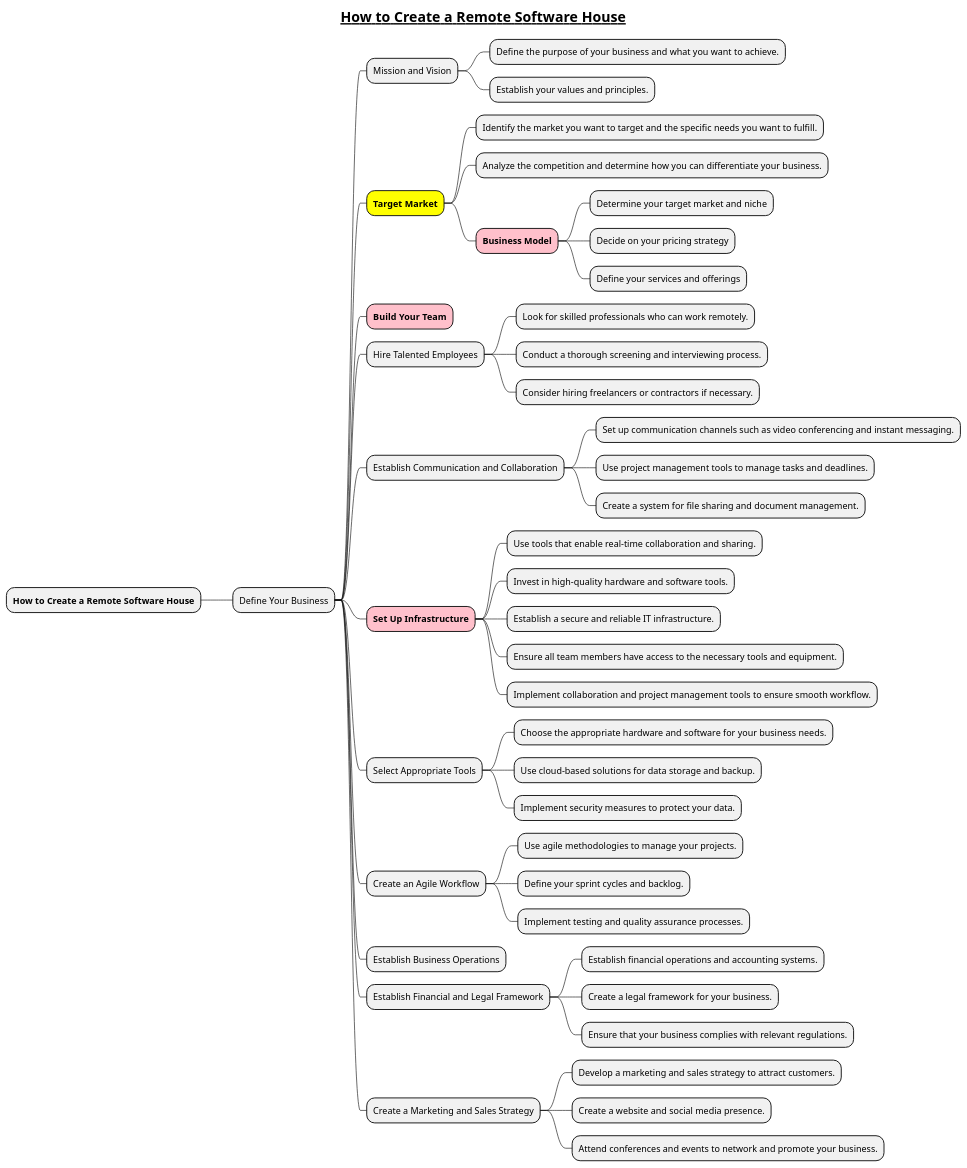
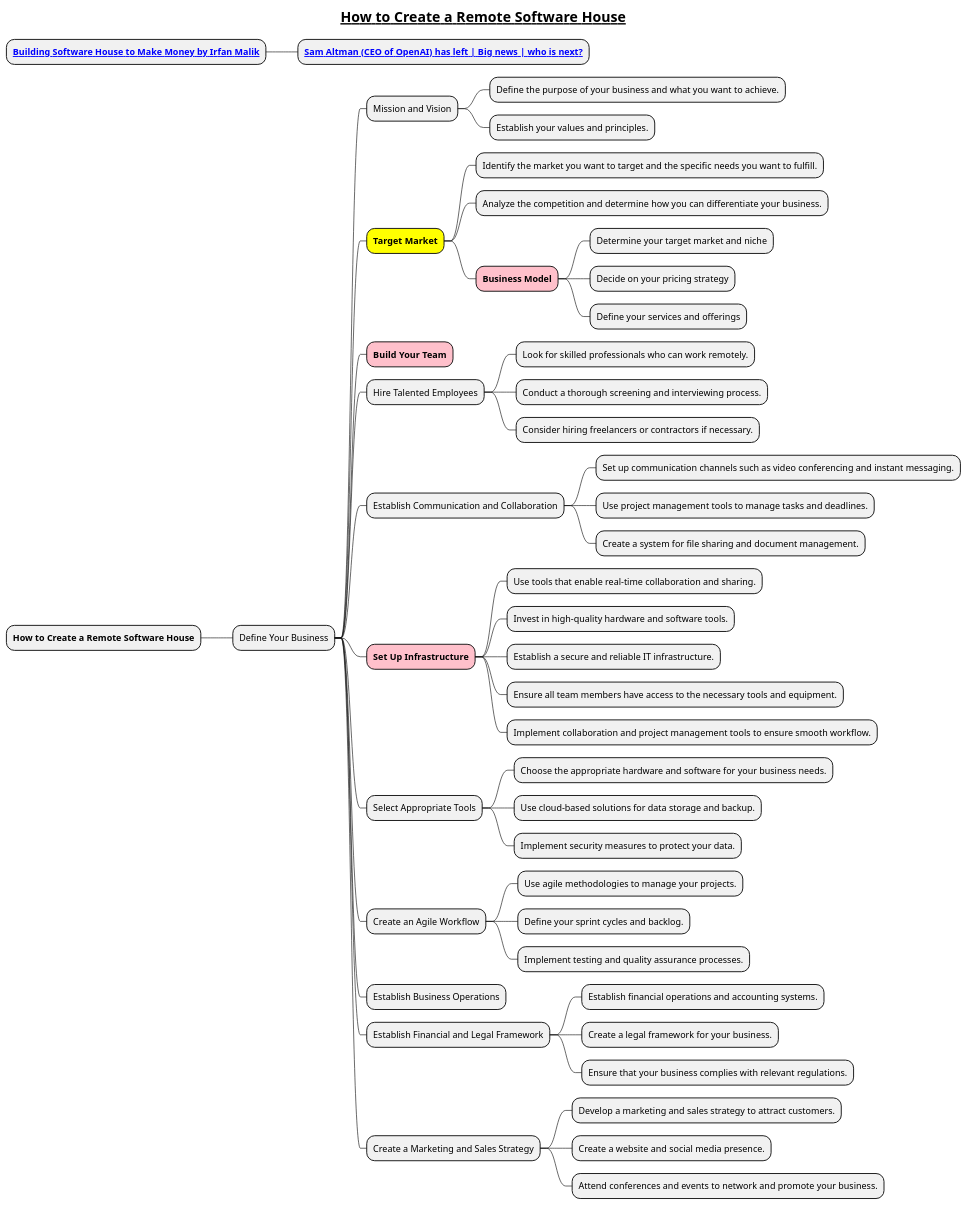
One commit to MehmoodHashmi/Documentation-as-Code-DaC changed the diagram in docs/1-Requirement-Engineering/process/How-to-Create-a-Remote-Software-House.puml. Above: the diagram before and after it, drawn with PlantUML. The commit also changed 4 other files, not shown here.

```diff
--- a/docs/1-Requirement-Engineering/process/How-to-Create-a-Remote-Software-House.puml
+++ b/docs/1-Requirement-Engineering/process/How-to-Create-a-Remote-Software-House.puml
@@ -1,51 +1,52 @@
 @startmindmap
 title =__How to Create a Remote Software House__
-
+* <b>[[https://www.youtube.com/watch?v=YSs4r95C_Dc&ab_channel=IrfanMalik Building Software House to Make Money by Irfan Malik]]
+** <b>[[https://www.youtube.com/watch?v=OxpNNqdCug8&ab_channel=IrfanMalik Sam Altman (CEO of OpenAI) has left | Big news | who is next?]]
 * **How to Create a Remote Software House**
 ** Define Your Business
 *** Mission and Vision
 **** Define the purpose of your business and what you want to achieve.
 **** Establish your values and principles.
 
 ***[#yellow] **Target Market**
 **** Identify the market you want to target and the specific needs you want to fulfill.
 **** Analyze the competition and determine how you can differentiate your business.
 ****[#pink] **Business Model**
 ***** Determine your target market and niche
 ***** Decide on your pricing strategy
 ***** Define your services and offerings
 
 ***[#pink] **Build Your Team**
 *** Hire Talented Employees
 **** Look for skilled professionals who can work remotely.
 **** Conduct a thorough screening and interviewing process.
 **** Consider hiring freelancers or contractors if necessary.
 *** Establish Communication and Collaboration
 **** Set up communication channels such as video conferencing and instant messaging.
 **** Use project management tools to manage tasks and deadlines.
 **** Create a system for file sharing and document management.
 ***[#pink] **Set Up Infrastructure**
 **** Use tools that enable real-time collaboration and sharing.
 **** Invest in high-quality hardware and software tools.
 **** Establish a secure and reliable IT infrastructure.
 **** Ensure all team members have access to the necessary tools and equipment.
 **** Implement collaboration and project management tools to ensure smooth workflow.
 
 *** Select Appropriate Tools
 **** Choose the appropriate hardware and software for your business needs.
 **** Use cloud-based solutions for data storage and backup.
 **** Implement security measures to protect your data.
 *** Create an Agile Workflow
 **** Use agile methodologies to manage your projects.
 **** Define your sprint cycles and backlog.
 **** Implement testing and quality assurance processes.
 *** Establish Business Operations
 *** Establish Financial and Legal Framework
 **** Establish financial operations and accounting systems.
 **** Create a legal framework for your business.
 **** Ensure that your business complies with relevant regulations.
 *** Create a Marketing and Sales Strategy
 **** Develop a marketing and sales strategy to attract customers.
 **** Create a website and social media presence.
 **** Attend conferences and events to network and promote your business.
 @endmindmap
```
